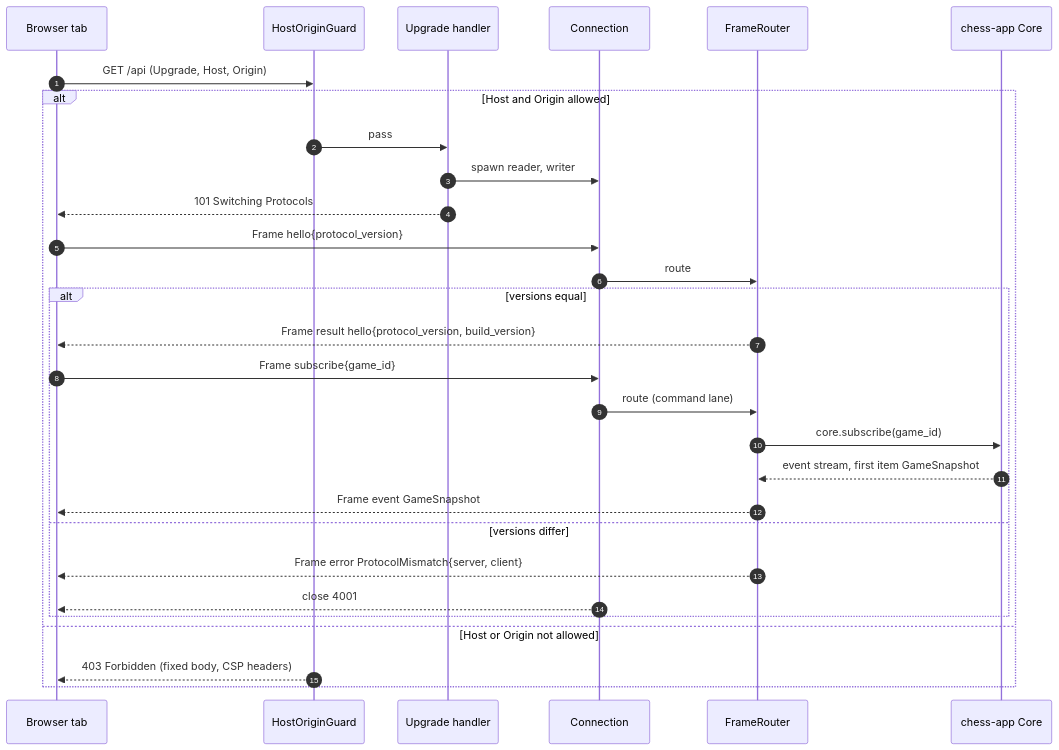
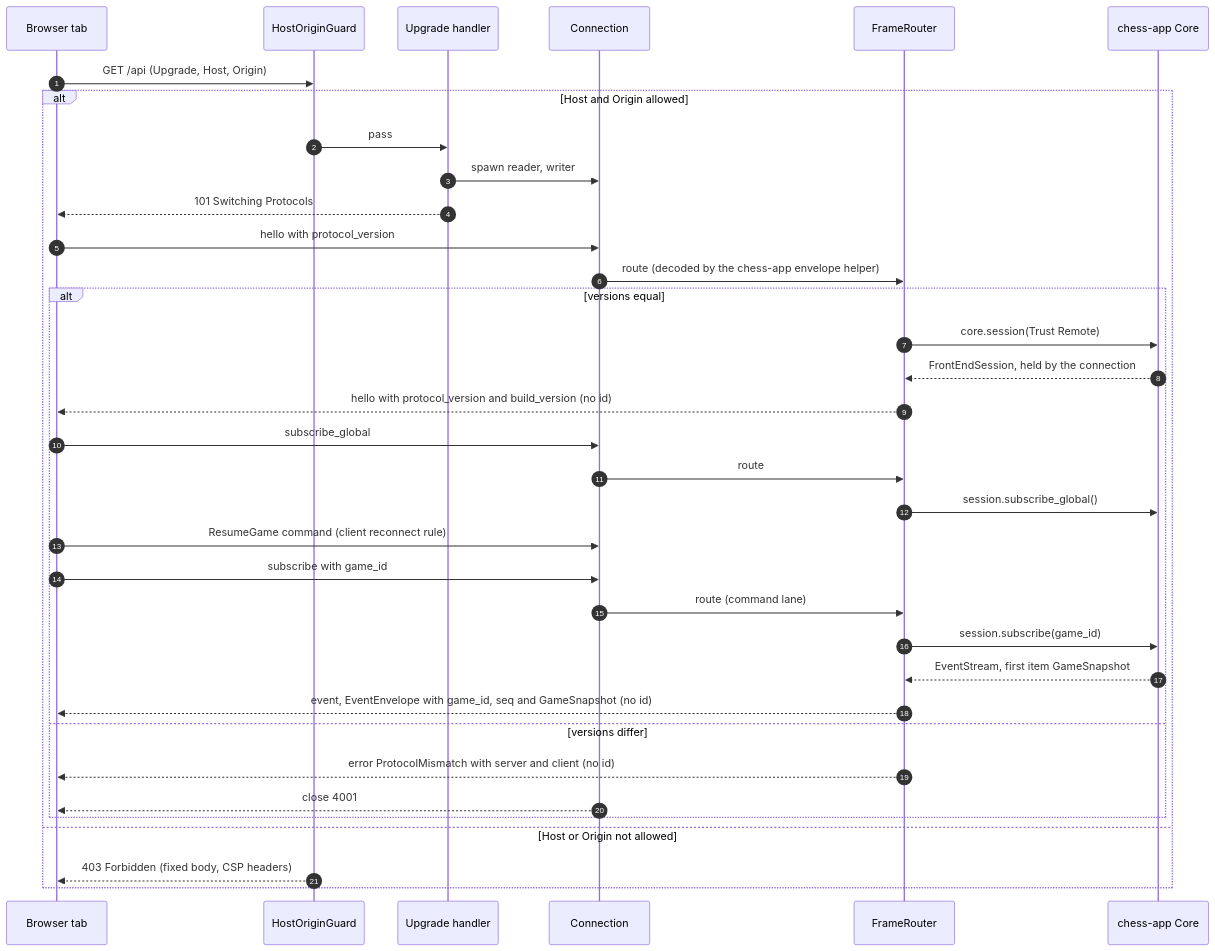
One commit to bprascher/chess changed the fourth of 7 diagrams in docs/design/SDD-chess-server.md. Above: the diagram before and after it, drawn with Mermaid. The commit also changed other lines of this file and 17 other files, not shown here.

First line of the commit message:
Apply architecture addendum B and C to the SDDs and add the v0.4 consistency pass

````diff
--- a/docs/design/SDD-chess-server.md
+++ b/docs/design/SDD-chess-server.md
@@ -221,31 +221,37 @@
 ```mermaid
 sequenceDiagram
     autonumber
     participant B as Browser tab
     participant G as HostOriginGuard
     participant U as Upgrade handler
     participant C as Connection
     participant R as FrameRouter
     participant K as chess-app Core
     B->>G: GET /api (Upgrade, Host, Origin)
     alt Host and Origin allowed
         G->>U: pass
         U->>C: spawn reader, writer
         U-->>B: 101 Switching Protocols
-        B->>C: Frame hello{protocol_version}
-        C->>R: route
+        B->>C: hello with protocol_version
+        C->>R: route (decoded by the chess-app envelope helper)
         alt versions equal
-            R-->>B: Frame result hello{protocol_version, build_version}
-            B->>C: Frame subscribe{game_id}
+            R->>K: core.session(Trust Remote)
+            K-->>R: FrontEndSession, held by the connection
+            R-->>B: hello with protocol_version and build_version (no id)
+            B->>C: subscribe_global
+            C->>R: route
+            R->>K: session.subscribe_global()
+            B->>C: ResumeGame command (client reconnect rule)
+            B->>C: subscribe with game_id
             C->>R: route (command lane)
-            R->>K: core.subscribe(game_id)
-            K-->>R: event stream, first item GameSnapshot
-            R-->>B: Frame event GameSnapshot
+            R->>K: session.subscribe(game_id)
+            K-->>R: EventStream, first item GameSnapshot
+            R-->>B: event, EventEnvelope with game_id, seq and GameSnapshot (no id)
         else versions differ
-            R-->>B: Frame error ProtocolMismatch{server, client}
+            R-->>B: error ProtocolMismatch with server and client (no id)
             C-->>B: close 4001
         end
     else Host or Origin not allowed
         G-->>B: 403 Forbidden (fixed body, CSP headers)
     end
 ```
````
